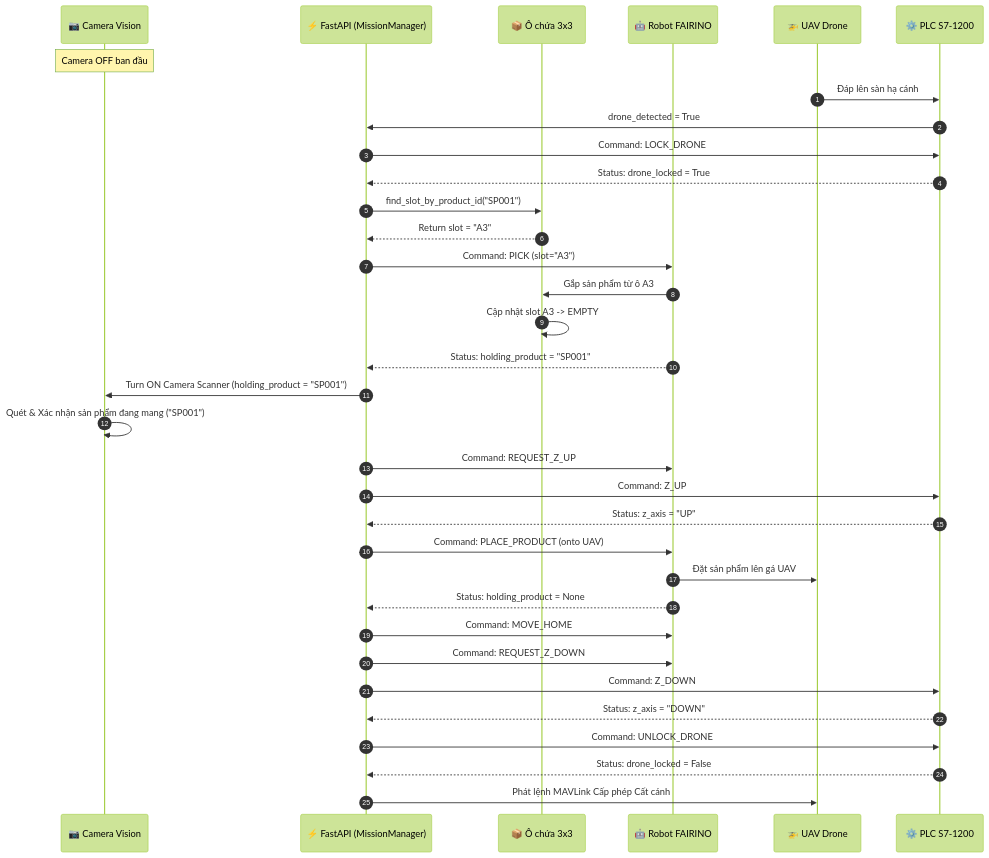
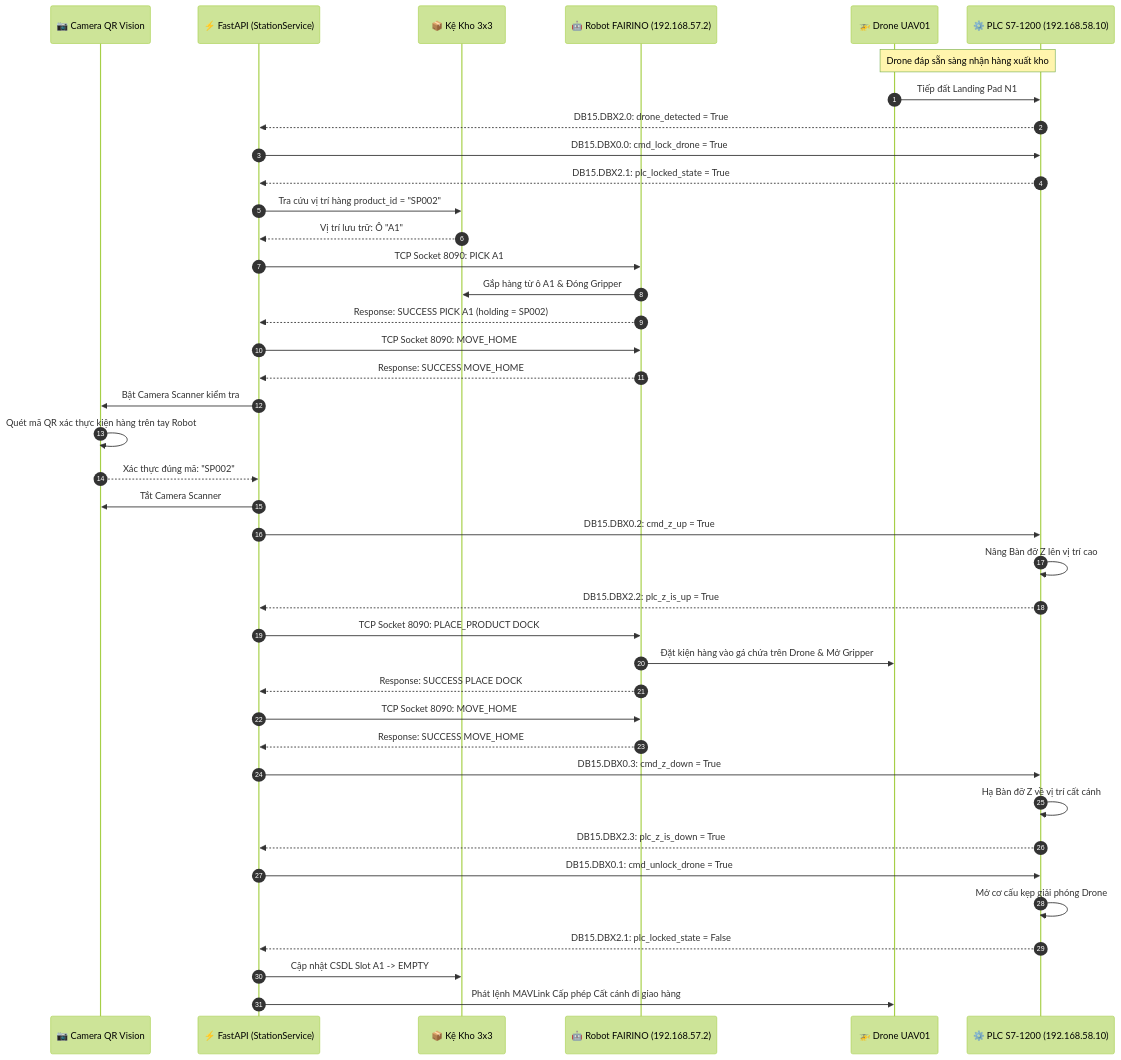
Before and after one commit to padungaz/drone-delivery-system: the sixth of 7 diagrams in docs/system-design.md, drawn with Mermaid (forest theme). The commit also changed other lines of this file and 41 other files, not shown here.

Commit message:
feat: implement safety interlock, station auto start routine, fail-safe queue & fairino lua protocol

````diff
--- a/docs/system-design.md
+++ b/docs/system-design.md
@@ -203,44 +372,53 @@
 ```mermaid
 sequenceDiagram
     autonumber
-    participant Cam as 📷 Camera Vision
-    participant Backend as ⚡ FastAPI (MissionManager)
-    participant Grid as 📦 Ô chứa 3x3
-    participant Robot as 🤖 Robot FAIRINO
-    participant UAV as 🚁 UAV Drone
-    participant PLC as ⚙️ PLC S7-1200
+    participant Cam as 📷 Camera QR Vision
+    participant Backend as ⚡ FastAPI (StationService)
+    participant Grid as 📦 Kệ Kho 3x3
+    participant Robot as 🤖 Robot FAIRINO (192.168.57.2)
+    participant UAV as 🚁 Drone UAV01
+    participant PLC as ⚙️ PLC S7-1200 (192.168.58.10)
 
-    Note over Cam: Camera OFF ban đầu
-    UAV->>PLC: Đáp lên sàn hạ cánh
-    PLC->>Backend: drone_detected = True
-    Backend->>PLC: Command: LOCK_DRONE
-    PLC-->>Backend: Status: drone_locked = True
+    Note over UAV,PLC: Drone đáp sẵn sàng nhận hàng xuất kho
+    UAV->>PLC: Tiếp đất Landing Pad N1
+    PLC-->>Backend: DB15.DBX2.0: drone_detected = True
+    Backend->>PLC: DB15.DBX0.0: cmd_lock_drone = True
+    PLC-->>Backend: DB15.DBX2.1: plc_locked_state = True
 
-    Backend->>Grid: find_slot_by_product_id("SP001")
-    Grid-->>Backend: Return slot = "A3"
-    
-    Backend->>Robot: Command: PICK (slot="A3")
-    Robot->>Grid: Gắp sản phẩm từ ô A3
-    Grid->>Grid: Cập nhật slot A3 -> EMPTY
-    Robot-->>Backend: Status: holding_product = "SP001"
+    Backend->>Grid: Tra cứu vị trí hàng product_id = "SP002"
+    Grid-->>Backend: Vị trí lưu trữ: Ô "A1"
 
-    Backend->>Cam: Turn ON Camera Scanner (holding_product = "SP001")
-    Cam->>Cam: Quét & Xác nhận sản phẩm đang mang ("SP001")
+    Backend->>Robot: TCP Socket 8090: PICK A1
+    Robot->>Grid: Gắp hàng từ ô A1 & Đóng Gripper
+    Robot-->>Backend: Response: SUCCESS PICK A1 (holding = SP002)
 
-    Backend->>Robot: Command: REQUEST_Z_UP
-    Backend->>PLC: Command: Z_UP
-    PLC-->>Backend: Status: z_axis = "UP"
+    Backend->>Robot: TCP Socket 8090: MOVE_HOME
+    Robot-->>Backend: Response: SUCCESS MOVE_HOME
 
-    Backend->>Robot: Command: PLACE_PRODUCT (onto UAV)
-    Robot->>UAV: Đặt sản phẩm lên gá UAV
-    Robot-->>Backend: Status: holding_product = None
+    Backend->>Cam: Bật Camera Scanner kiểm tra
+    Cam->>Cam: Quét mã QR xác thực kiện hàng trên tay Robot
+    Cam-->>Backend: Xác thực đúng mã: "SP002"
+    Backend->>Cam: Tắt Camera Scanner
 
-    Backend->>Robot: Command: MOVE_HOME
-    Backend->>Robot: Command: REQUEST_Z_DOWN
-    Backend->>PLC: Command: Z_DOWN
-    PLC-->>Backend: Status: z_axis = "DOWN"
+    Backend->>PLC: DB15.DBX0.2: cmd_z_up = True
+    PLC->>PLC: Nâng Bàn đỡ Z lên vị trí cao
+    PLC-->>Backend: DB15.DBX2.2: plc_z_is_up = True
 
-    Backend->>PLC: Command: UNLOCK_DRONE
-    PLC-->>Backend: Status: drone_locked = False
-    Backend->>UAV: Phát lệnh MAVLink Cấp phép Cất cánh
+    Backend->>Robot: TCP Socket 8090: PLACE_PRODUCT DOCK
+    Robot->>UAV: Đặt kiện hàng vào gá chứa trên Drone & Mở Gripper
+    Robot-->>Backend: Response: SUCCESS PLACE DOCK
+
+    Backend->>Robot: TCP Socket 8090: MOVE_HOME
+    Robot-->>Backend: Response: SUCCESS MOVE_HOME
+
+    Backend->>PLC: DB15.DBX0.3: cmd_z_down = True
+    PLC->>PLC: Hạ Bàn đỡ Z về vị trí cất cánh
+    PLC-->>Backend: DB15.DBX2.3: plc_z_is_down = True
+
+    Backend->>PLC: DB15.DBX0.1: cmd_unlock_drone = True
+    PLC->>PLC: Mở cơ cấu kẹp giải phóng Drone
+    PLC-->>Backend: DB15.DBX2.1: plc_locked_state = False
+
+    Backend->>Grid: Cập nhật CSDL Slot A1 -> EMPTY
+    Backend->>UAV: Phát lệnh MAVLink Cấp phép Cất cánh đi giao hàng
 ```
````
